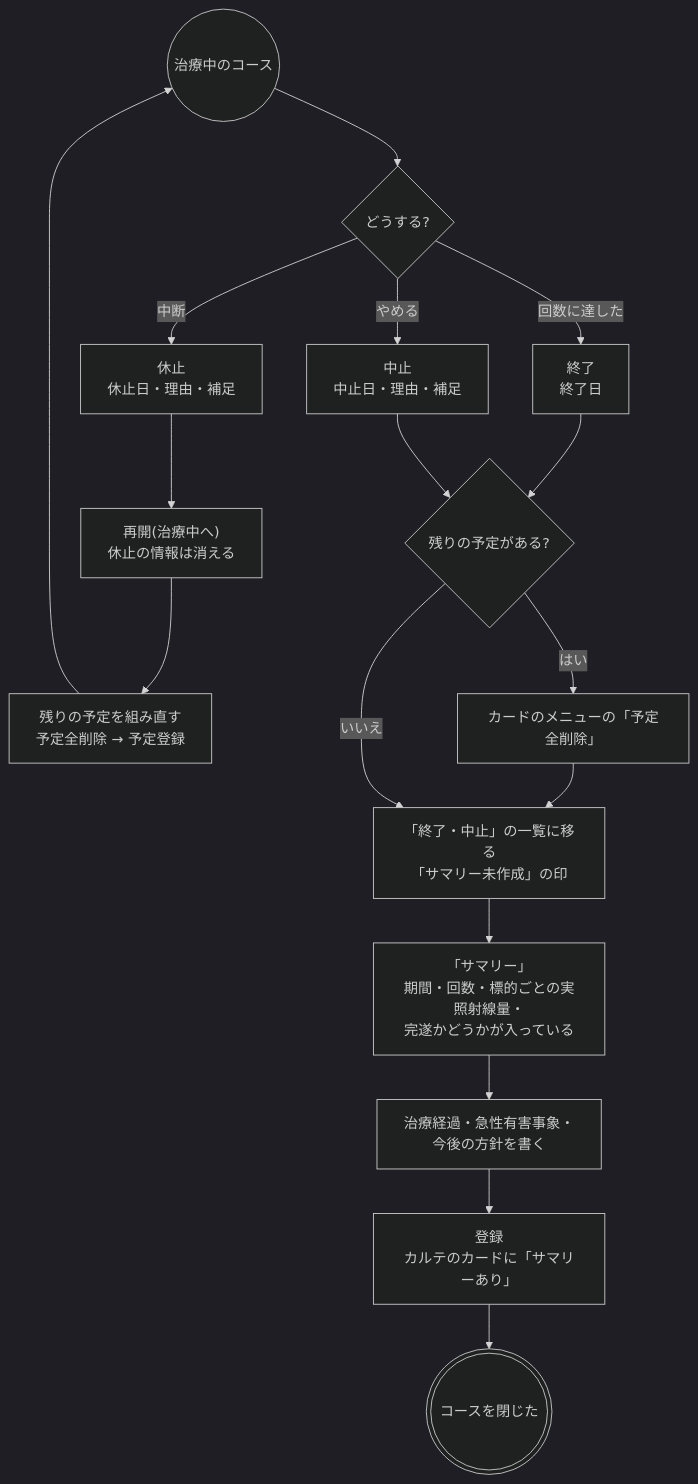
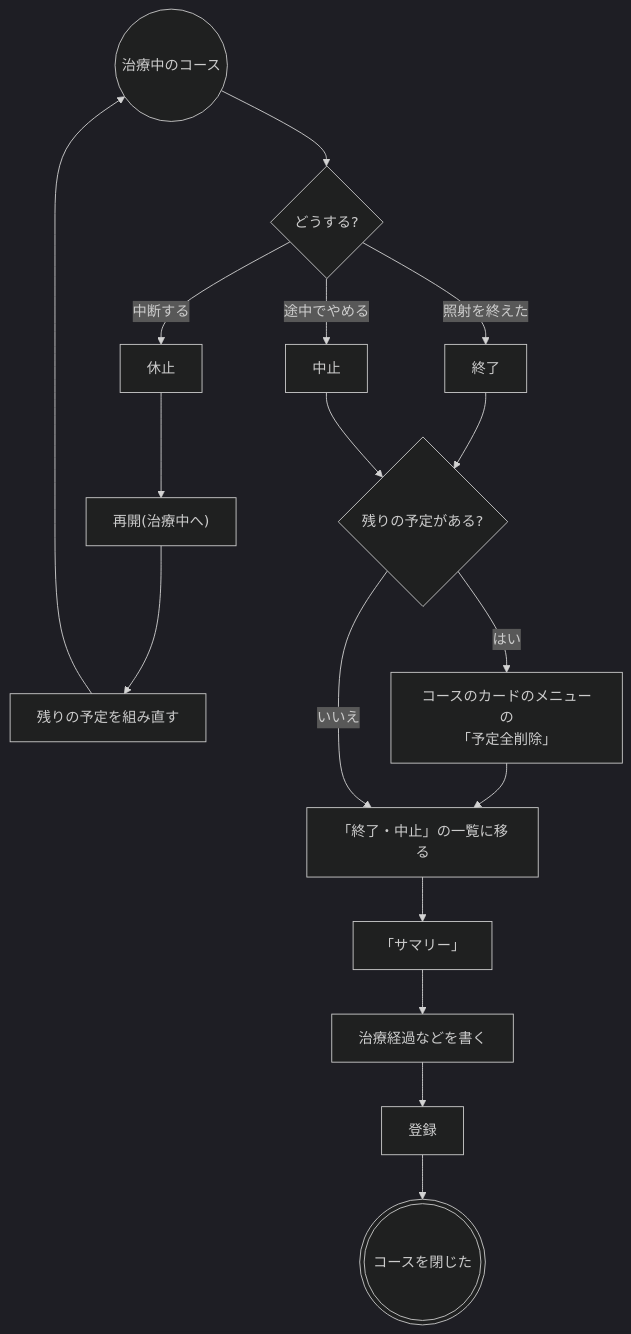
Before and after one commit to ysnr-dev/fhir-client-docs: the sixth of 6 diagrams in docs/flows/radiotherapy.md, drawn with Mermaid (dark theme). The commit also changed other lines of this file and 43 other files, not shown here.

Commit message:
docs: 業務フローとシーケンス図を写し直し

````diff
--- a/docs/flows/radiotherapy.md
+++ b/docs/flows/radiotherapy.md
@@ -242,25 +339,25 @@
 ```mermaid
 flowchart TD
   course(("治療中のコース"))
   what{"どうする?"}
-  hold["休止<br/>休止日・理由・補足"]
-  resume["再開(治療中へ)<br/>休止の情報は消える"]
-  reschedule["残りの予定を組み直す<br/>予定全削除 → 予定登録"]
-  complete["終了<br/>終了日"]
-  cancel["中止<br/>中止日・理由・補足"]
+  hold["休止"]
+  resume["再開(治療中へ)"]
+  reschedule["残りの予定を組み直す"]
+  complete["終了"]
+  cancel["中止"]
   leftover{"残りの予定がある?"}
-  clear["カードのメニューの「予定全削除」"]
-  closed["「終了・中止」の一覧に移る<br/>「サマリー未作成」の印"]
-  summary["「サマリー」<br/>期間・回数・標的ごとの実照射線量・<br/>完遂かどうかが入っている"]
-  write["治療経過・急性有害事象・<br/>今後の方針を書く"]
-  saved["登録<br/>カルテのカードに「サマリーあり」"]
+  clear["コースのカードのメニューの<br/>「予定全削除」"]
+  closed["「終了・中止」の一覧に移る"]
+  summary["「サマリー」"]
+  write["治療経過などを書く"]
+  saved["登録"]
   done((("コースを閉じた")))
 
   course --> what
-  what -- "中断" --> hold --> resume --> reschedule --> course
-  what -- "回数に達した" --> complete --> leftover
-  what -- "やめる" --> cancel --> leftover
+  what -- "中断する" --> hold --> resume --> reschedule --> course
+  what -- "照射を終えた" --> complete --> leftover
+  what -- "途中でやめる" --> cancel --> leftover
   leftover -- "はい" --> clear --> closed
   leftover -- "いいえ" --> closed
   closed --> summary --> write --> saved --> done
 ```
````
